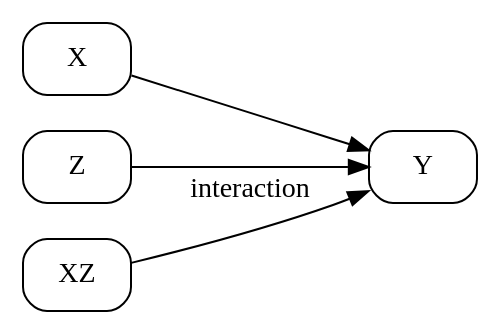
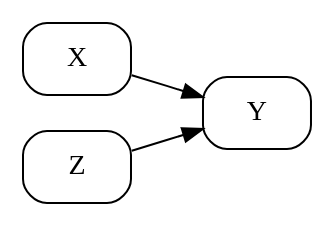
Before and after one commit to pymc-labs/pathmc: the diagram in docs/examples/moderation.qmd, drawn with Graphviz. The commit also changed other lines of this file and 1 other file, not shown here.

First line of the commit message:
Docs: Interaction terms — DSL reference and moderation example (#63)

````diff
--- a/docs/examples/moderation.qmd
+++ b/docs/examples/moderation.qmd
@@ -27,12 +27,11 @@
 ```{dot}
 //| label: fig-dag
-//| fig-cap: "Moderation DAG: both X and Z cause Y, and their interaction XZ captures how Z modifies the strength of the X → Y effect. The dashed arrow from Z to the X → Y edge represents the effect modification that the interaction term encodes."
+//| fig-cap: "Moderation DAG: both X and Z cause Y, and the X:Z interaction captures how Z modifies the strength of the X → Y effect."
 //| fig-width: 4
 digraph {
   rankdir=LR
   node [shape=box, style=rounded]
   X -> Y
   Z -> Y
-  XZ -> Y [label=" interaction"]
 }
 ```
````
